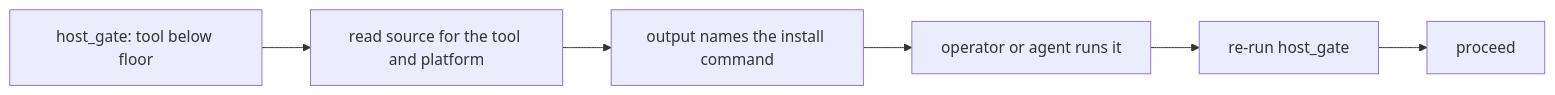
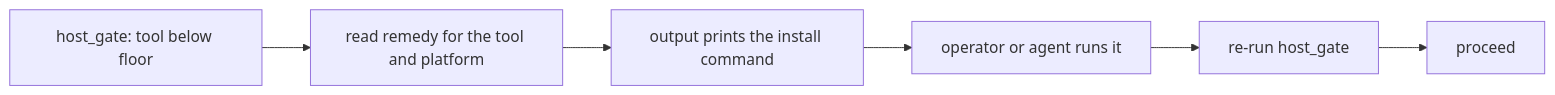
Before and after one commit to ptr727/ProjectTemplate: the seventh of 7 diagrams in docs/fleet-map.md, drawn with Mermaid. The commit also changed other lines of this file and 8 other files, not shown here.

First line of the commit message:
Print a Runnable Remedy Under a Below-Floor Host Gate Failure

````diff
--- a/docs/fleet-map.md
+++ b/docs/fleet-map.md
@@ -207,7 +206,7 @@
 ```mermaid
 flowchart LR
-  fail["host_gate: tool below floor"] --> lookup["read source for the tool and platform"]
-  lookup --> remedy["output names the install command"]
+  fail["host_gate: tool below floor"] --> lookup["read remedy for the tool and platform"]
+  lookup --> remedy["output prints the install command"]
   remedy --> run["operator or agent runs it"]
   run --> recheck["re-run host_gate"] --> ok["proceed"]
 ```
````
